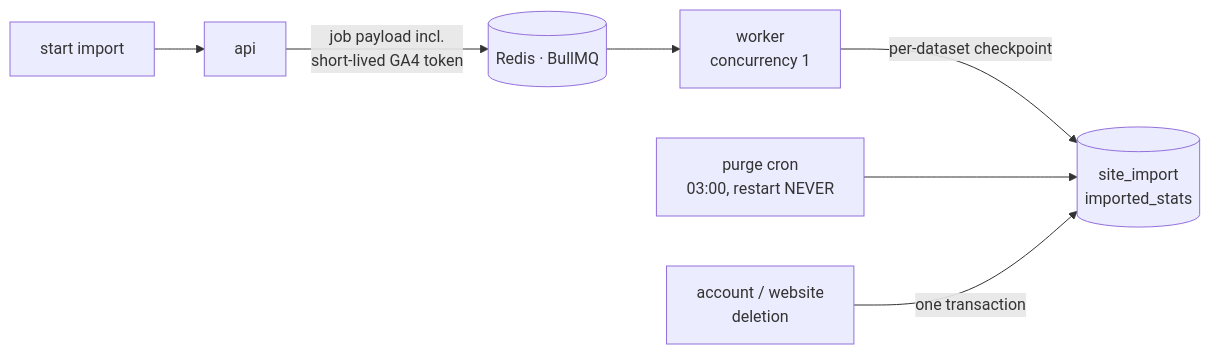
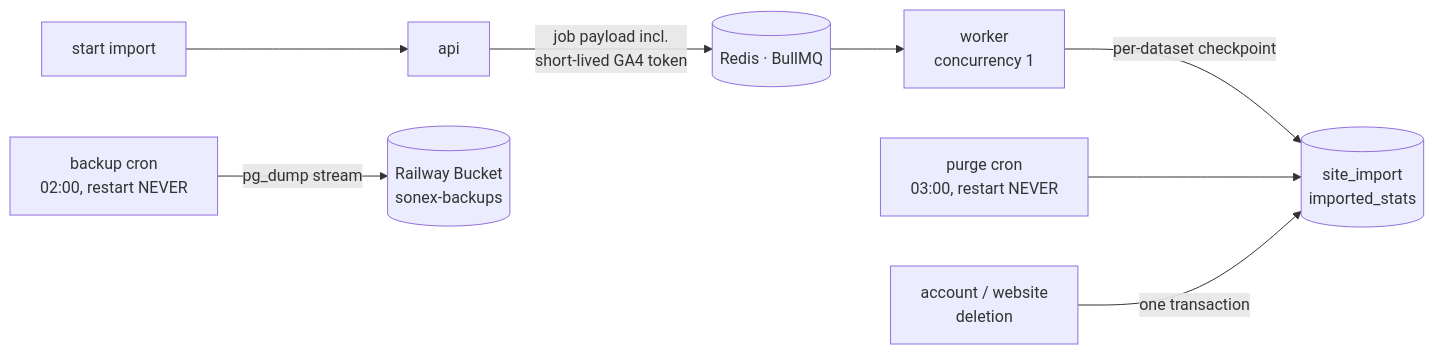
Before and after one commit to souravsspace/sonex-architecture.md: the ninth of 11 diagrams in README.md, drawn with Mermaid. The commit also changed other lines of this file, not shown here.

````diff
--- a/README.md
+++ b/README.md
@@ -604,9 +642,10 @@
 ```mermaid
 flowchart LR
     UI["start import"] --> API2["api"]
     API2 -->|"job payload incl.<br/>short-lived GA4 token"| Q[("Redis · BullMQ")]
     Q --> W["worker<br/>concurrency 1"]
     W -->|"per-dataset checkpoint"| PG2[("site_import<br/>imported_stats")]
     CRON["purge cron<br/>03:00, restart NEVER"] --> PG2
+    BAK["backup cron<br/>02:00, restart NEVER"] -->|"pg_dump stream"| S3[("Railway Bucket<br/>sonex-backups")]
     DEL["account / website<br/>deletion"] -->|"one transaction"| PG2
 ```
````
